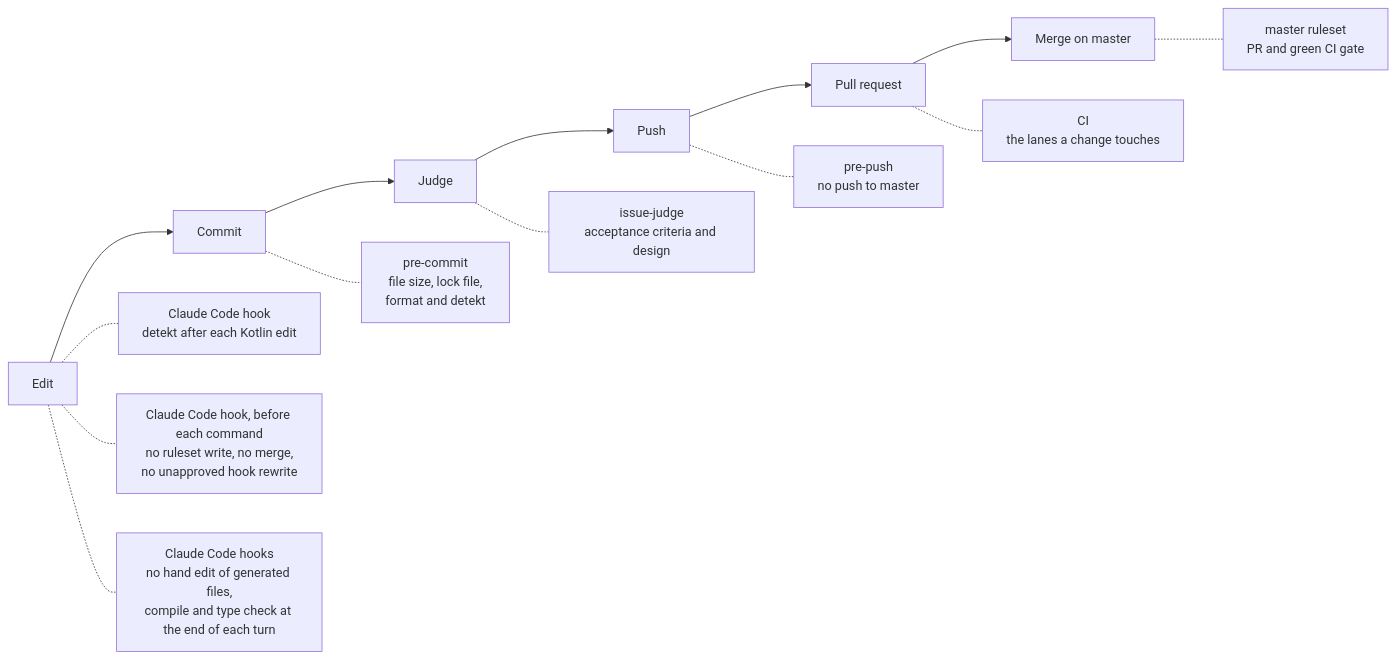
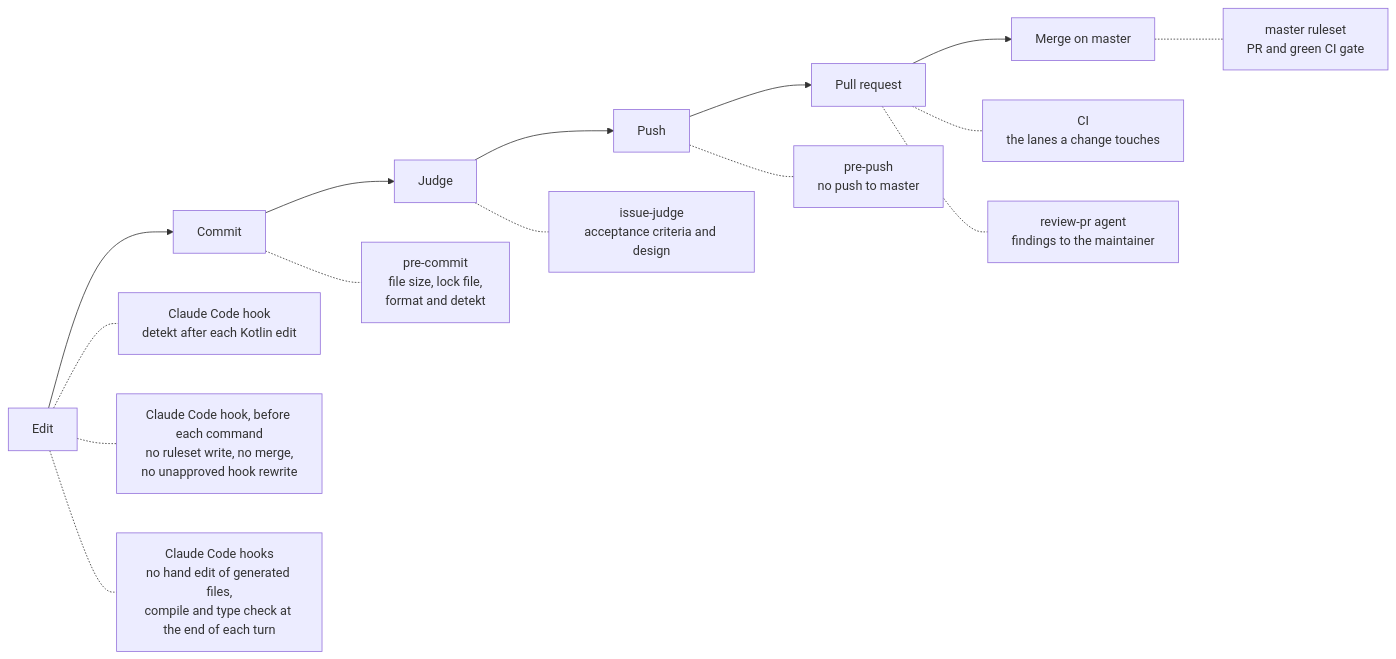
Before and after one commit to mboisnard/drinkit: the diagram in docs/src/engineering/coding-assistants/harness.md, drawn with Mermaid. The commit also changed other lines of this file and 2 other files, not shown here.

Commit message:
[HARNESS] Keep the review findings of /implement-issue for its follow-up mode (#563)

````diff
--- a/docs/src/engineering/coding-assistants/harness.md
+++ b/docs/src/engineering/coding-assistants/harness.md
@@ -43,12 +43,13 @@
 ```mermaid
 flowchart LR
   edit[Edit] --> commit[Commit] --> judge[Judge] --> push[Push] --> pr[Pull request] --> merge[Merge on master]
   edit -.- claude[Claude Code hook<br/>detekt after each Kotlin edit]
   edit -.- guard[Claude Code hook, before each command<br/>no ruleset write, no merge,<br/>no unapproved hook rewrite]
   edit -.- generated[Claude Code hooks<br/>no hand edit of generated files,<br/>compile and type check at the end of each turn]
   commit -.- precommit[pre-commit<br/>file size, lock file,<br/>format and detekt]
   judge -.- issuejudge[issue-judge<br/>acceptance criteria and design]
   push -.- prepush[pre-push<br/>no push to master]
   pr -.- ci[CI<br/>the lanes a change touches]
+  pr -.- review[review-pr agent<br/>findings to the maintainer]
   merge -.- ruleset[master ruleset<br/>PR and green CI gate]
 ```
````
